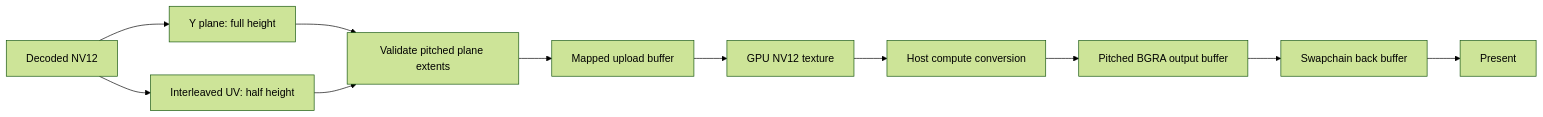
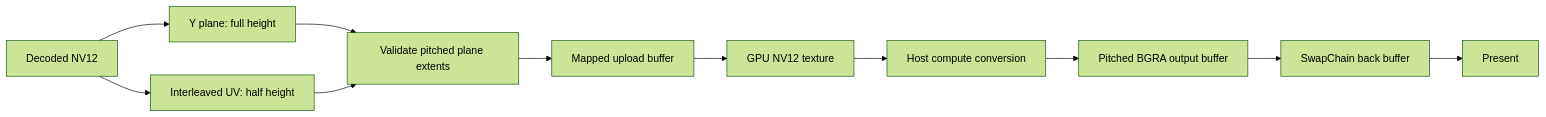
Diagram 24 of 41 in docs/ARCHITECTURE-ATLAS.md (DBWilliamEngineering/IraRationis), drawn with Mermaid (forest theme) before and after one commit. The commit also changed 58 other files, not shown here.

````diff
--- a/docs/ARCHITECTURE-ATLAS.md
+++ b/docs/ARCHITECTURE-ATLAS.md
@@ -540,13 +540,13 @@
 ```mermaid
 flowchart LR
     A["Decoded NV12"] --> Y["Y plane: full height"]
     A --> UV["Interleaved UV: half height"]
     Y --> P["Validate pitched plane extents"]
     UV --> P
     P --> U["Mapped upload buffer"]
     U --> T["GPU NV12 texture"]
     T --> C["Host compute conversion"]
     C --> B["Pitched BGRA output buffer"]
-    B --> S["Swapchain back buffer"]
+    B --> S["SwapChain back buffer"]
     S --> D["Present"]
 ```
````
